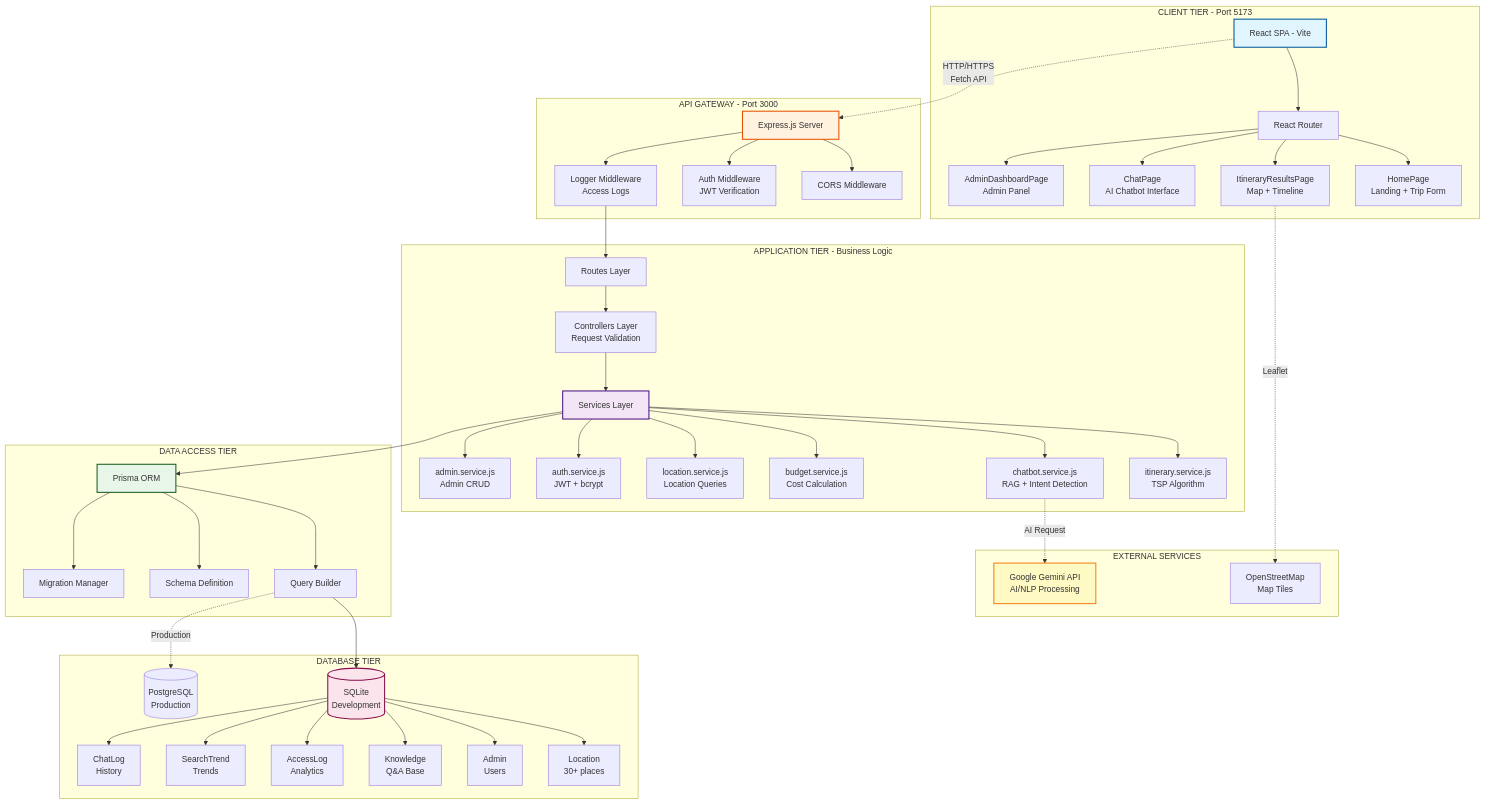
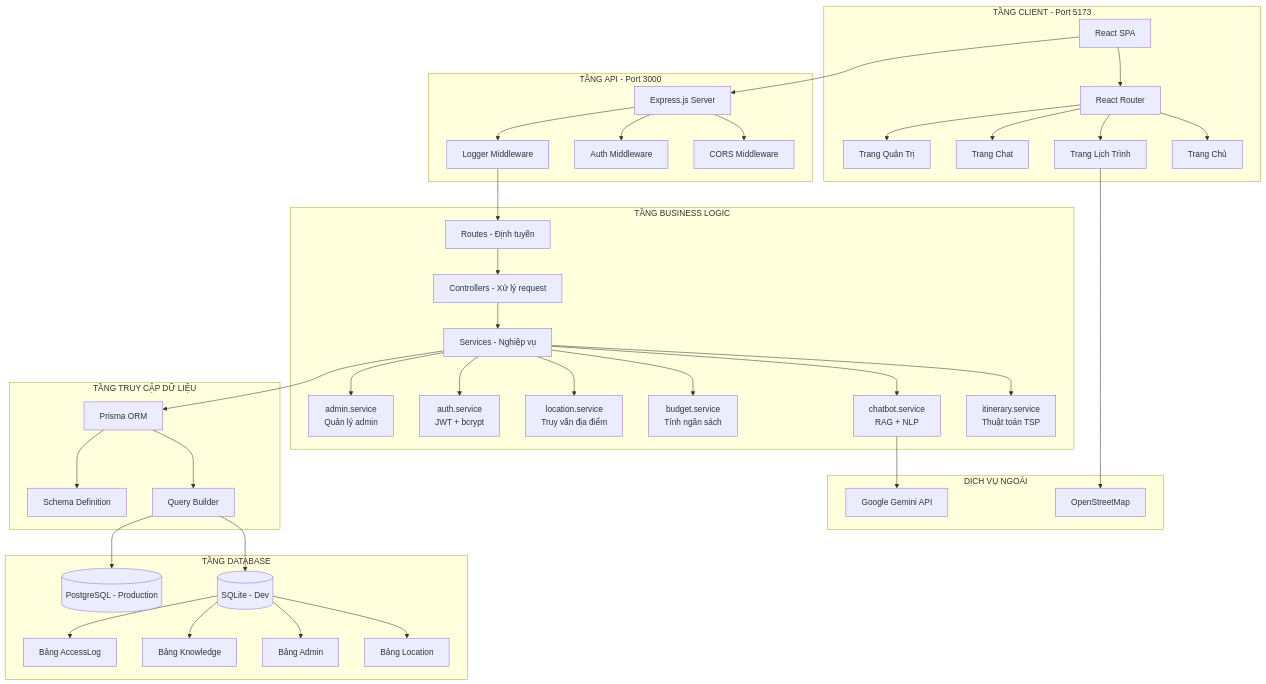
Before and after one commit to Doggie-H/Dana-Travel: the first of 16 diagrams in docs/ARCHITECTURE.md, drawn with Mermaid. The commit also changed other lines of this file, not shown here.

````diff
--- a/docs/ARCHITECTURE.md
+++ b/docs/ARCHITECTURE.md
@@ -17,70 +17,60 @@
 ```mermaid
 graph TB
-    subgraph "CLIENT TIER - Port 5173"
-        A1[React SPA - Vite]
+    subgraph "TẦNG CLIENT - Port 5173"
+        A1[React SPA]
         A1 --> A2[React Router]
-        A2 --> A3[HomePage<br/>Landing + Trip Form]
-        A2 --> A4[ItineraryResultsPage<br/>Map + Timeline]
-        A2 --> A5[ChatPage<br/>AI Chatbot Interface]
-        A2 --> A6[AdminDashboardPage<br/>Admin Panel]
+        A2 --> A3[Trang Chủ]
+        A2 --> A4[Trang Lịch Trình]
+        A2 --> A5[Trang Chat]
+        A2 --> A6[Trang Quản Trị]
     end
     
-    subgraph "API GATEWAY - Port 3000"
+    subgraph "TẦNG API - Port 3000"
         B1[Express.js Server]
         B1 --> B2[CORS Middleware]
-        B1 --> B3[Auth Middleware<br/>JWT Verification]
-        B1 --> B4[Logger Middleware<br/>Access Logs]
+        B1 --> B3[Auth Middleware]
+        B1 --> B4[Logger Middleware]
     end
     
-    subgraph "APPLICATION TIER - Business Logic"
-        C1[Routes Layer]
-        C1 --> C2[Controllers Layer<br/>Request Validation]
-        C2 --> C3[Services Layer]
+    subgraph "TẦNG BUSINESS LOGIC"
+        C1[Routes - Định tuyến]
+        C1 --> C2[Controllers - Xử lý request]
+        C2 --> C3[Services - Nghiệp vụ]
         
-        C3 --> S1[itinerary.service.js<br/>TSP Algorithm]
-        C3 --> S2[chatbot.service.js<br/>RAG + Intent Detection]
-        C3 --> S3[budget.service.js<br/>Cost Calculation]
-        C3 --> S4[location.service.js<br/>Location Queries]
-        C3 --> S5[auth.service.js<br/>JWT + bcrypt]
-        C3 --> S6[admin.service.js<br/>Admin CRUD]
+        C3 --> S1[itinerary.service<br/>Thuật toán TSP]
+        C3 --> S2[chatbot.service<br/>RAG + NLP]
+        C3 --> S3[budget.service<br/>Tính ngân sách]
+        C3 --> S4[location.service<br/>Truy vấn địa điểm]
+        C3 --> S5[auth.service<br/>JWT + bcrypt]
+        C3 --> S6[admin.service<br/>Quản lý admin]
     end
     
-    subgraph "DATA ACCESS TIER"
+    subgraph "TẦNG TRUY CẬP DỮ LIỆU"
         D1[Prisma ORM]
         D1 --> D2[Query Builder]
         D1 --> D3[Schema Definition]
-        D1 --> D4[Migration Manager]
     end
     
-    subgraph "DATABASE TIER"
-        E1[(SQLite<br/>Development)]
-        E2[(PostgreSQL<br/>Production)]
+    subgraph "TẦNG DATABASE"
+        E1[(SQLite - Dev)]
+        E2[(PostgreSQL - Production)]
         
-        E1 --> E3[Location<br/>30+ places]
-        E1 --> E4[Admin<br/>Users]
-        E1 --> E5[Knowledge<br/>Q&A Base]
-        E1 --> E6[AccessLog<br/>Analytics]
-        E1 --> E7[SearchTrend<br/>Trends]
-        E1 --> E8[ChatLog<br/>History]
+        E1 --> E3[Bảng Location]
+        E1 --> E4[Bảng Admin]
+        E1 --> E5[Bảng Knowledge]
+        E1 --> E6[Bảng AccessLog]
     end
     
-    subgraph "EXTERNAL SERVICES"
-        F1[Google Gemini API<br/>AI/NLP Processing]
-        F2[OpenStreetMap<br/>Map Tiles]
+    subgraph "DỊCH VỤ NGOÀI"
+        F1[Google Gemini API]
+        F2[OpenStreetMap]
     end
     
-    A1 -.HTTP/HTTPS<br/>Fetch API.-> B1
+    A1 --> B1
     B4 --> C1
     C3 --> D1
     D2 --> E1
-    D2 -.Production.-> E2
-    S2 -.AI Request.-> F1
-    A4 -.Leaflet.-> F2
-    
-    style A1 fill:#e1f5ff,stroke:#01579b,stroke-width:2px
-    style B1 fill:#fff3e0,stroke:#e65100,stroke-width:2px
-    style C3 fill:#f3e5f5,stroke:#4a148c,stroke-width:2px
-    style D1 fill:#e8f5e9,stroke:#1b5e20,stroke-width:2px
-    style E1 fill:#fce4ec,stroke:#880e4f,stroke-width:2px
-    style F1 fill:#fff9c4,stroke:#f57f17,stroke-width:2px
+    D2 --> E2
+    S2 --> F1
+    A4 --> F2
 ```
````
